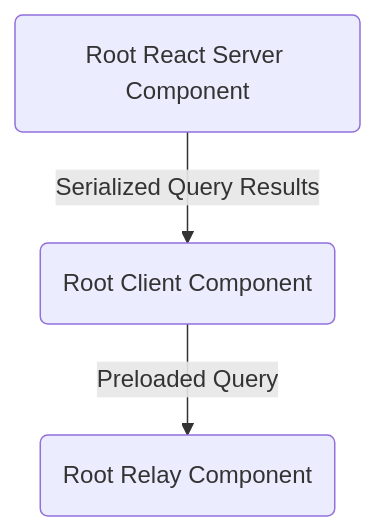
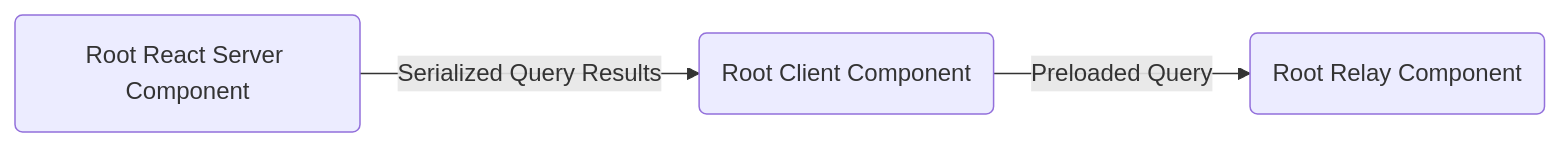
The diagram in issue-tracker-next-v13/README.md (relayjs/relay-examples), drawn with Mermaid before and after one commit.

````diff
--- a/issue-tracker-next-v13/README.md
+++ b/issue-tracker-next-v13/README.md
@@ -16,5 +16,5 @@
 ```mermaid
-graph TD;
+flowchart LR;
     RSC(Root React Server Component)--Serialized Query Results-->RCC(Root Client Component);
     RCC(Root Client Component)--Preloaded Query-->RRC(Root Relay Component);
 ```
````
